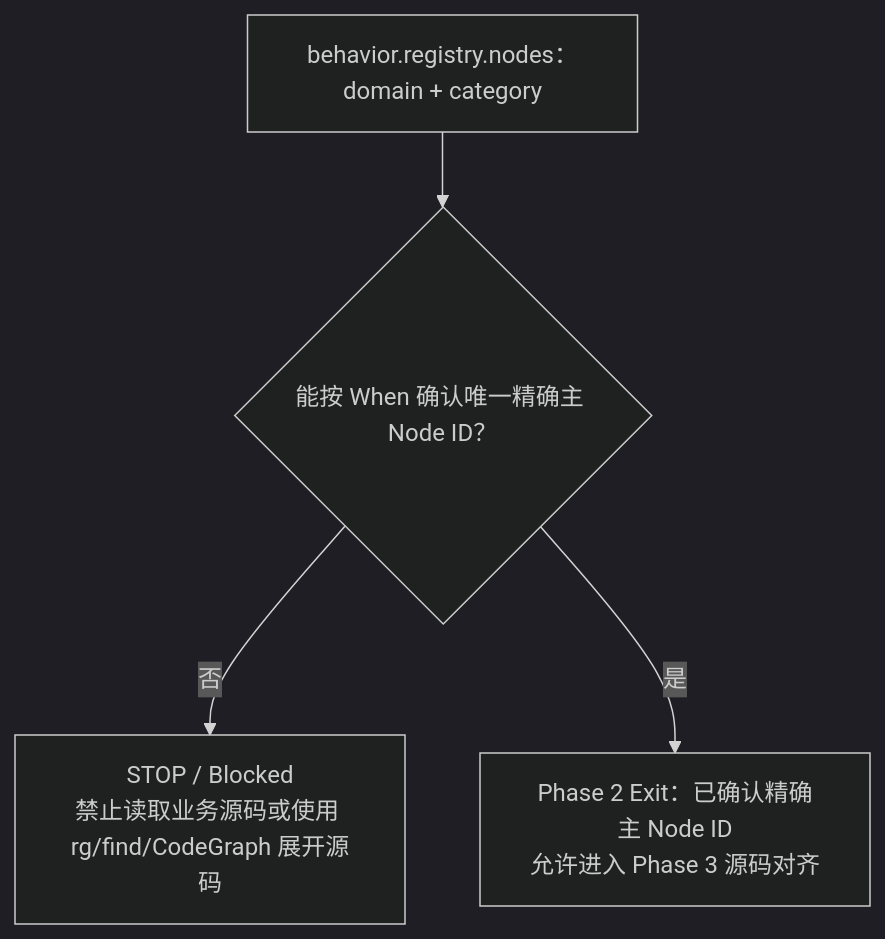
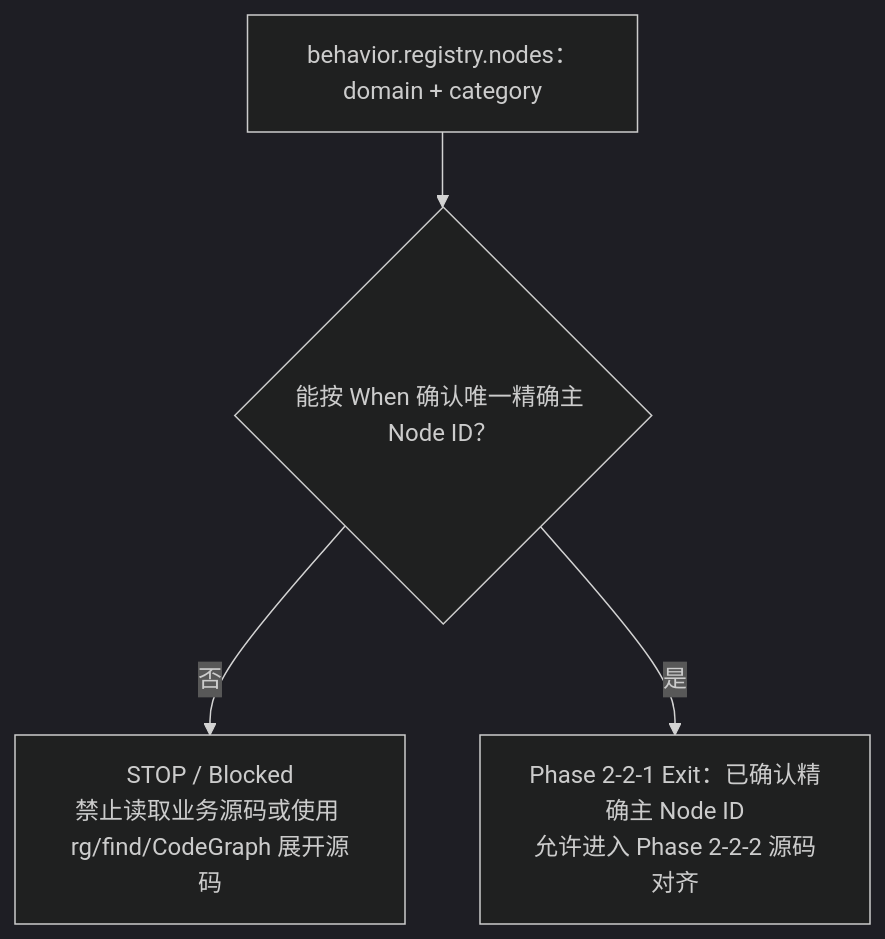
Before and after one commit to daihothot/scout: the sixth of 11 diagrams in assets/scout/skills/domain-rbt-executor/SKILL.md, drawn with Mermaid (dark theme). The commit also changed other lines of this file and 2 other files, not shown here.

````diff
--- a/assets/scout/skills/domain-rbt-executor/SKILL.md
+++ b/assets/scout/skills/domain-rbt-executor/SKILL.md
@@ -152,6 +269,6 @@
 ```mermaid
 flowchart TD
   A["behavior.registry.nodes：domain + category"] --> B{"能按 When 确认唯一精确主 Node ID？"}
   B -- 否 --> X["STOP / Blocked<br/>禁止读取业务源码或使用 rg/find/CodeGraph 展开源码"]
-  B -- 是 --> C["Phase 2 Exit：已确认精确主 Node ID<br/>允许进入 Phase 3 源码对齐"]
+  B -- 是 --> C["Phase 2-2-1 Exit：已确认精确主 Node ID<br/>允许进入 Phase 2-2-2 源码对齐"]
 ```
````
